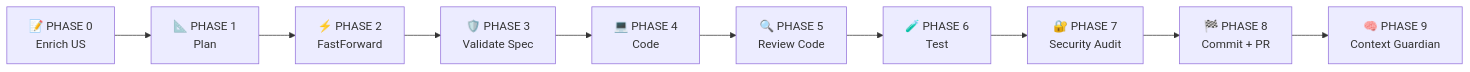
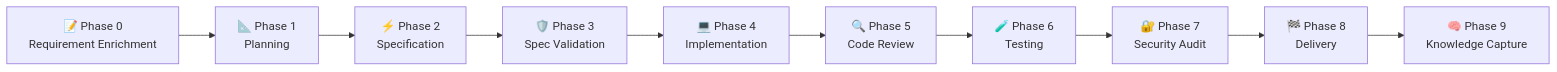
Before and after one commit to Aquilesnake/COALA-SwarmOps: the fourth of 6 diagrams in README.md, drawn with Mermaid. The commit also changed other lines of this file and 6 other files, not shown here.

````diff
--- a/README.md
+++ b/README.md
@@ -221,12 +221,12 @@
 ```mermaid
 flowchart LR
-    A["📝 PHASE 0<br/>Enrich US"] --> B["📐 PHASE 1<br/>Plan"]
-    B --> C["⚡ PHASE 2<br/>FastForward"]
-    C --> D["🛡️ PHASE 3<br/>Validate Spec"]
-    D --> E["💻 PHASE 4<br/>Code"]
-    E --> F["🔍 PHASE 5<br/>Review Code"]
-    F --> G["🧪 PHASE 6<br/>Test"]
-    G --> H["🔐 PHASE 7<br/>Security Audit"]
-    H --> I["🏁 PHASE 8<br/>Commit + PR"]
-    I --> J["🧠 PHASE 9<br/>Context Guardian"]
+    A["📝 Phase 0<br/>Requirement Enrichment"] --> B["📐 Phase 1<br/>Planning"]
+    B --> C["⚡ Phase 2<br/>Specification"]
+    C --> D["🛡️ Phase 3<br/>Spec Validation"]
+    D --> E["💻 Phase 4<br/>Implementation"]
+    E --> F["🔍 Phase 5<br/>Code Review"]
+    F --> G["🧪 Phase 6<br/>Testing"]
+    G --> H["🔐 Phase 7<br/>Security Audit"]
+    H --> I["🏁 Phase 8<br/>Delivery"]
+    I --> J["🧠 Phase 9<br/>Knowledge Capture"]
 ```
````
